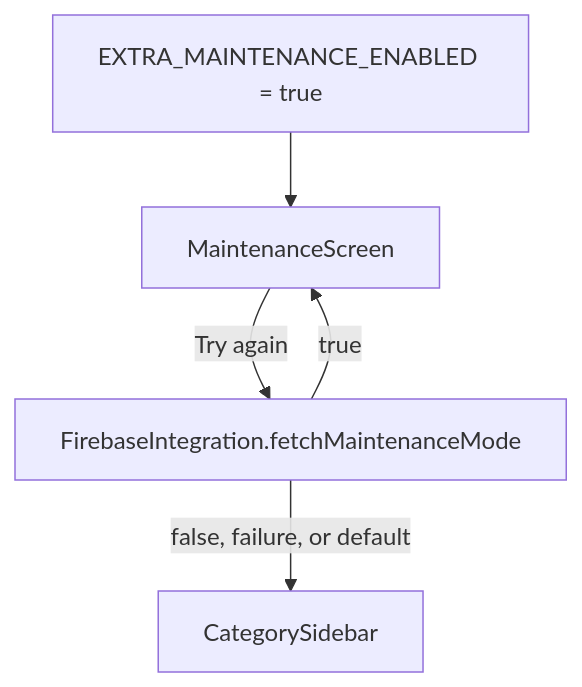
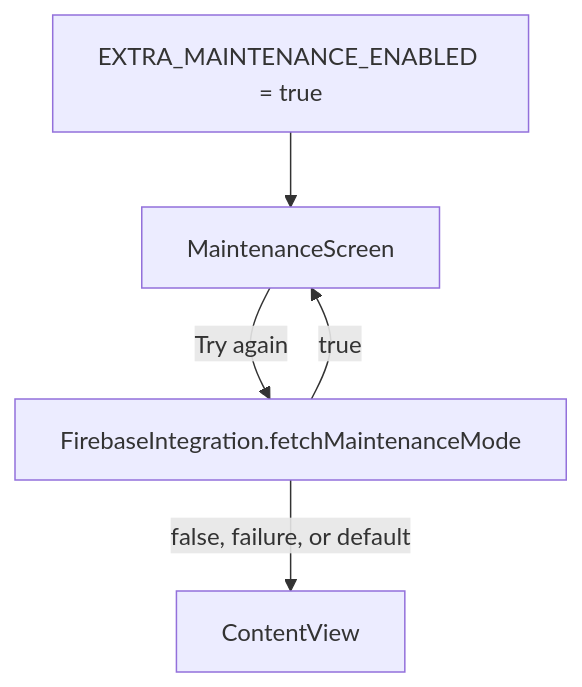
One commit to gjp-ai/gjp-lab-android-kotlin changed the diagram in doc/specs/shell/startup/maintenance_detail_design.md. Above: the diagram before and after it, drawn with Mermaid. The commit also changed other lines of this file and 46 other files, not shown here.

````diff
--- a/doc/specs/shell/startup/maintenance_detail_design.md
+++ b/doc/specs/shell/startup/maintenance_detail_design.md
@@ -24,7 +24,7 @@
 ```mermaid
 flowchart TD
     Extra[EXTRA_MAINTENANCE_ENABLED = true] --> Screen[MaintenanceScreen]
     Screen -->|Try again| Fetch[FirebaseIntegration.fetchMaintenanceMode]
     Fetch -->|true| Screen
-    Fetch -->|false, failure, or default| Dashboard[CategorySidebar]
+    Fetch -->|false, failure, or default| Dashboard[ContentView]
 ```
````
